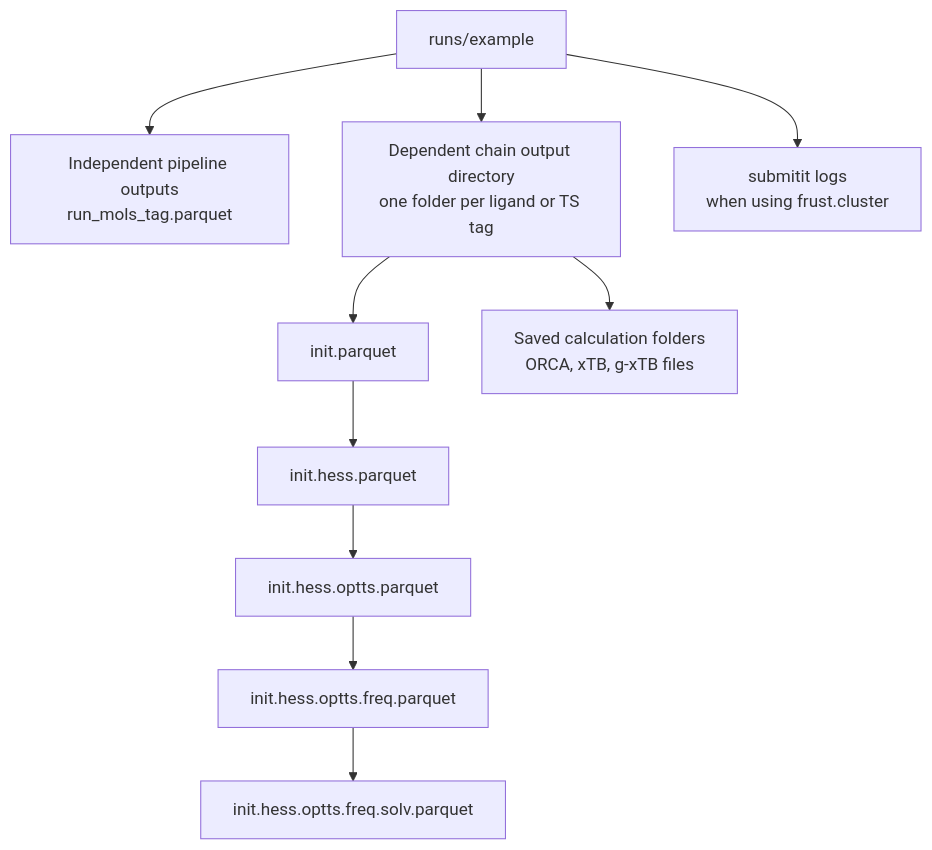
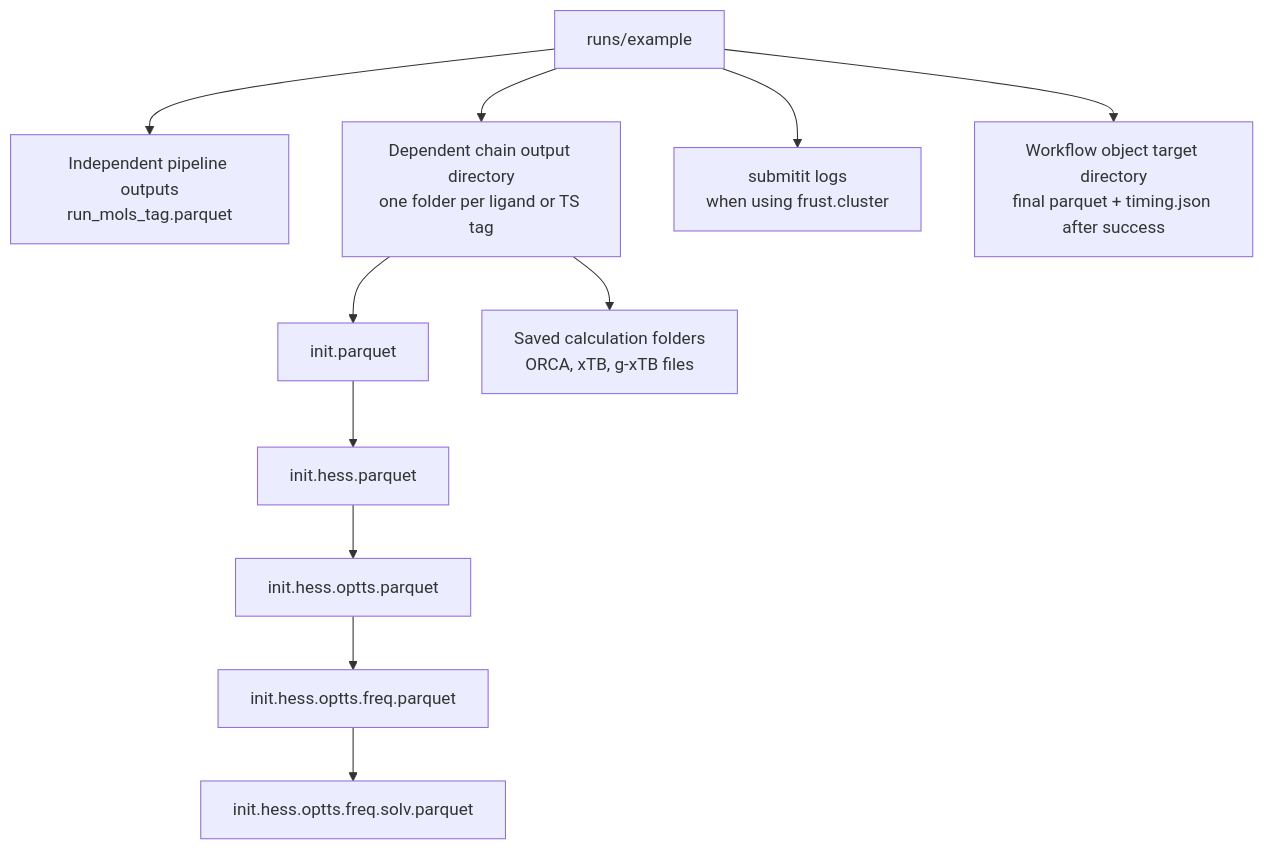
Before and after one commit to MolinDiscovery/FRUST: the diagram in docs/workflows/directory-outputs.md, drawn with Mermaid. The commit also changed other lines of this file and 7 other files, not shown here.

Commit message:
Enhance workflow output management by introducing target retention policies and consolidating timing data. Update documentation and tests to reflect changes in output structure and retention behavior.

````diff
--- a/docs/workflows/directory-outputs.md
+++ b/docs/workflows/directory-outputs.md
@@ -7,12 +8,13 @@
 ```mermaid
 flowchart TD
     A["runs/example"] --> B["Independent pipeline outputs<br/>run_mols_tag.parquet"]
     A --> C["Dependent chain output directory<br/>one folder per ligand or TS tag"]
     C --> D["init.parquet"]
     D --> E["init.hess.parquet"]
     E --> F["init.hess.optts.parquet"]
     F --> G["init.hess.optts.freq.parquet"]
     G --> H["init.hess.optts.freq.solv.parquet"]
     C --> I["Saved calculation folders<br/>ORCA, xTB, g-xTB files"]
     A --> J["submitit logs<br/>when using frust.cluster"]
+    A --> K["Workflow object target directory<br/>final parquet + timing.json after success"]
 ```
````
